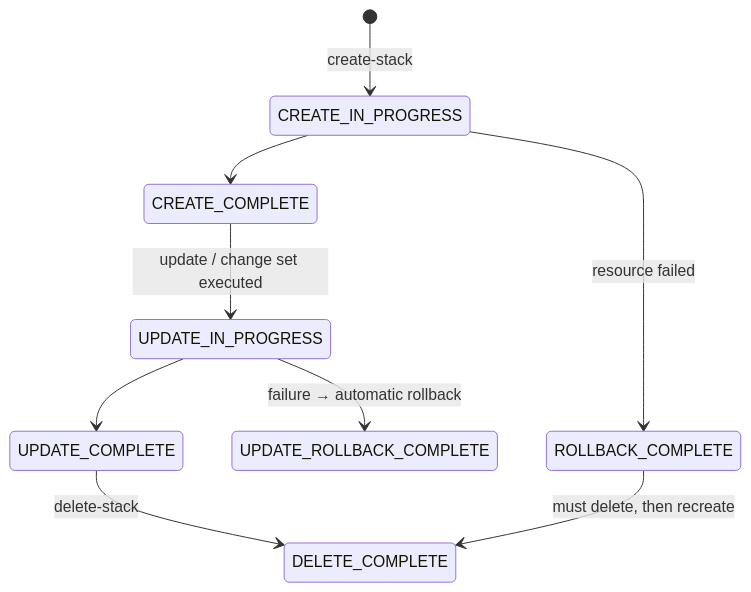
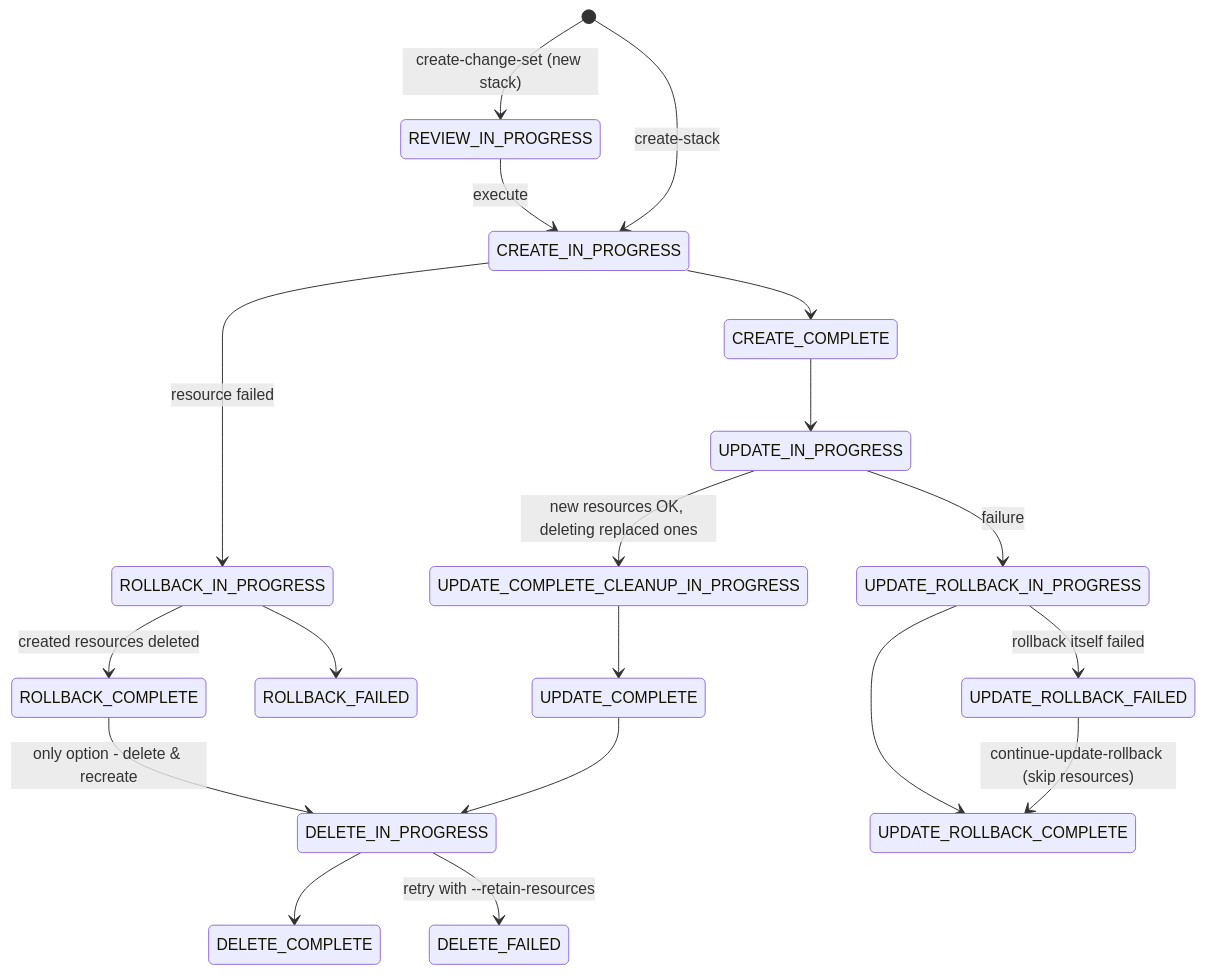
One commit to aadarsh-nagrath/DevOps-Cloud changed the second of 2 diagrams in Terraform and CF/cloud-formation.md. Above: the diagram before and after it, drawn with Mermaid. The commit also changed other lines of this file and 34 other files, not shown here.

````diff
--- a/Terraform and CF/cloud-formation.md
+++ b/Terraform and CF/cloud-formation.md
@@ -48,11 +56,21 @@
 ```mermaid
 stateDiagram-v2
+    [*] --> REVIEW_IN_PROGRESS: create-change-set (new stack)
+    REVIEW_IN_PROGRESS --> CREATE_IN_PROGRESS: execute
     [*] --> CREATE_IN_PROGRESS: create-stack
     CREATE_IN_PROGRESS --> CREATE_COMPLETE
-    CREATE_IN_PROGRESS --> ROLLBACK_COMPLETE: resource failed
-    CREATE_COMPLETE --> UPDATE_IN_PROGRESS: update / change set executed
-    UPDATE_IN_PROGRESS --> UPDATE_COMPLETE
-    UPDATE_IN_PROGRESS --> UPDATE_ROLLBACK_COMPLETE: failure → automatic rollback
-    UPDATE_COMPLETE --> DELETE_COMPLETE: delete-stack
-    ROLLBACK_COMPLETE --> DELETE_COMPLETE: must delete, then recreate
+    CREATE_IN_PROGRESS --> ROLLBACK_IN_PROGRESS: resource failed
+    ROLLBACK_IN_PROGRESS --> ROLLBACK_COMPLETE: created resources deleted
+    ROLLBACK_IN_PROGRESS --> ROLLBACK_FAILED
+    ROLLBACK_COMPLETE --> DELETE_IN_PROGRESS: only option - delete & recreate
+    CREATE_COMPLETE --> UPDATE_IN_PROGRESS
+    UPDATE_IN_PROGRESS --> UPDATE_COMPLETE_CLEANUP_IN_PROGRESS: new resources OK, deleting replaced ones
+    UPDATE_COMPLETE_CLEANUP_IN_PROGRESS --> UPDATE_COMPLETE
+    UPDATE_IN_PROGRESS --> UPDATE_ROLLBACK_IN_PROGRESS: failure
+    UPDATE_ROLLBACK_IN_PROGRESS --> UPDATE_ROLLBACK_COMPLETE
+    UPDATE_ROLLBACK_IN_PROGRESS --> UPDATE_ROLLBACK_FAILED: rollback itself failed
+    UPDATE_ROLLBACK_FAILED --> UPDATE_ROLLBACK_COMPLETE: continue-update-rollback (skip resources)
+    UPDATE_COMPLETE --> DELETE_IN_PROGRESS
+    DELETE_IN_PROGRESS --> DELETE_COMPLETE
+    DELETE_IN_PROGRESS --> DELETE_FAILED: retry with --retain-resources
 ```
````
